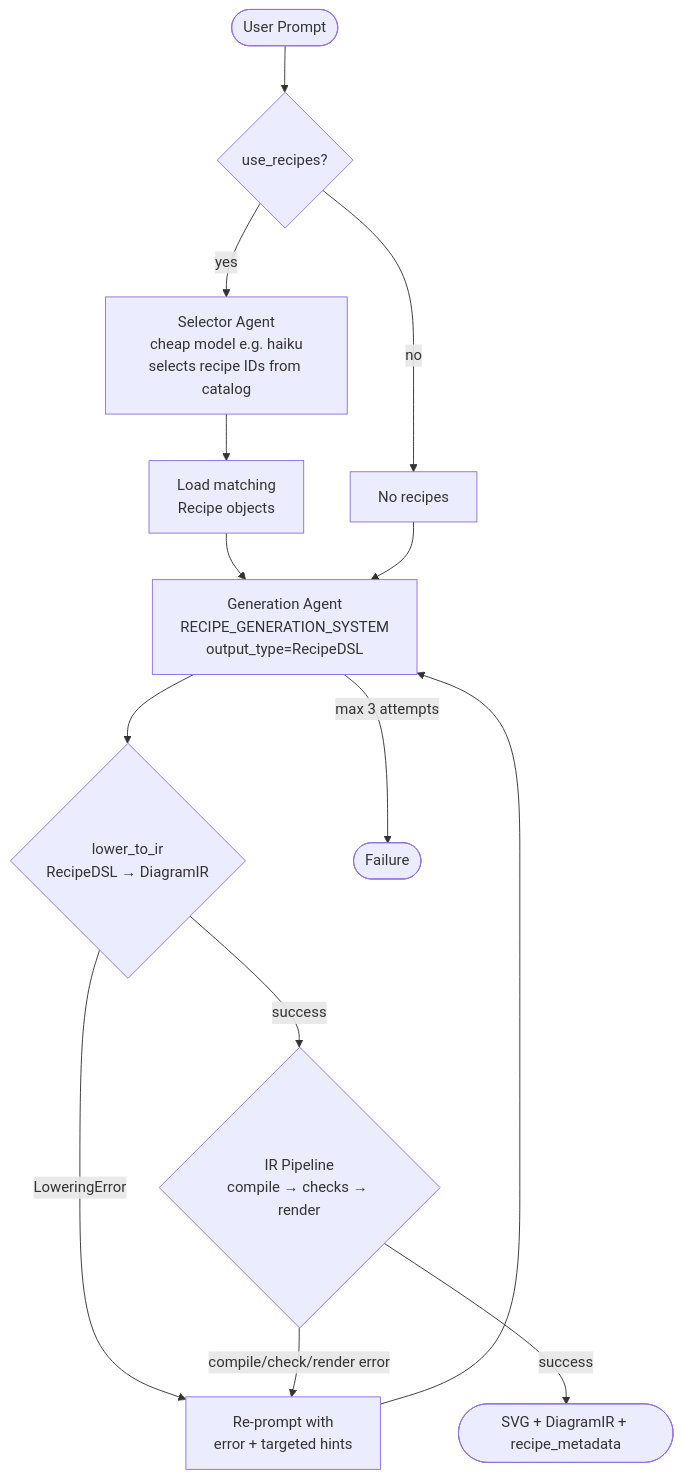
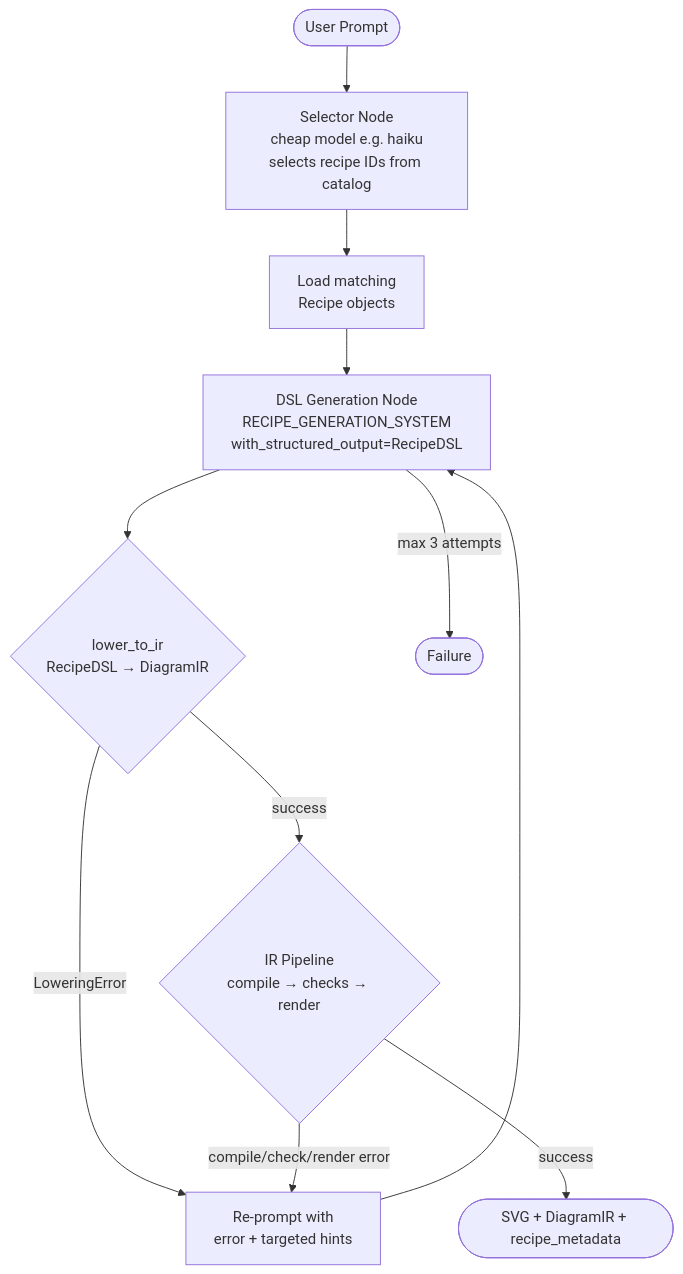
One commit to RenaissancePhilanthropy/geometry-diagram-generator changed the seventh of 8 diagrams in docs/strategies.md. Above: the diagram before and after it, drawn with Mermaid. The commit also changed other lines of this file and 89 other files, not shown here.

````diff
--- a/docs/strategies.md
+++ b/docs/strategies.md
@@ -133,20 +129,16 @@
 ```mermaid
 flowchart TD
-    A([User Prompt]) --> B{use_recipes?}
+    A([User Prompt]) --> C[Selector Node\ncheap model e.g. haiku\nselects recipe IDs from catalog]
+    C --> D[Load matching\nRecipe objects]
 
-    B -->|yes| C[Selector Agent\ncheap model e.g. haiku\nselects recipe IDs from catalog]
-    C --> D[Load matching\nRecipe objects]
-    B -->|no| E[No recipes]
-
-    D --> F[Generation Agent\nRECIPE_GENERATION_SYSTEM\noutput_type=RecipeDSL]
-    E --> F
+    D --> F[DSL Generation Node\nRECIPE_GENERATION_SYSTEM\nwith_structured_output=RecipeDSL]
 
     F --> G{lower_to_ir\nRecipeDSL → DiagramIR}
     G -->|LoweringError| H[Re-prompt with\nerror + targeted hints]
     H --> F
     F -->|max 3 attempts| Z([Failure])
 
     G -->|success| I{IR Pipeline\ncompile → checks → render}
     I -->|compile/check/render error| H
     I -->|success| J([SVG + DiagramIR + recipe_metadata])
 ```
````
